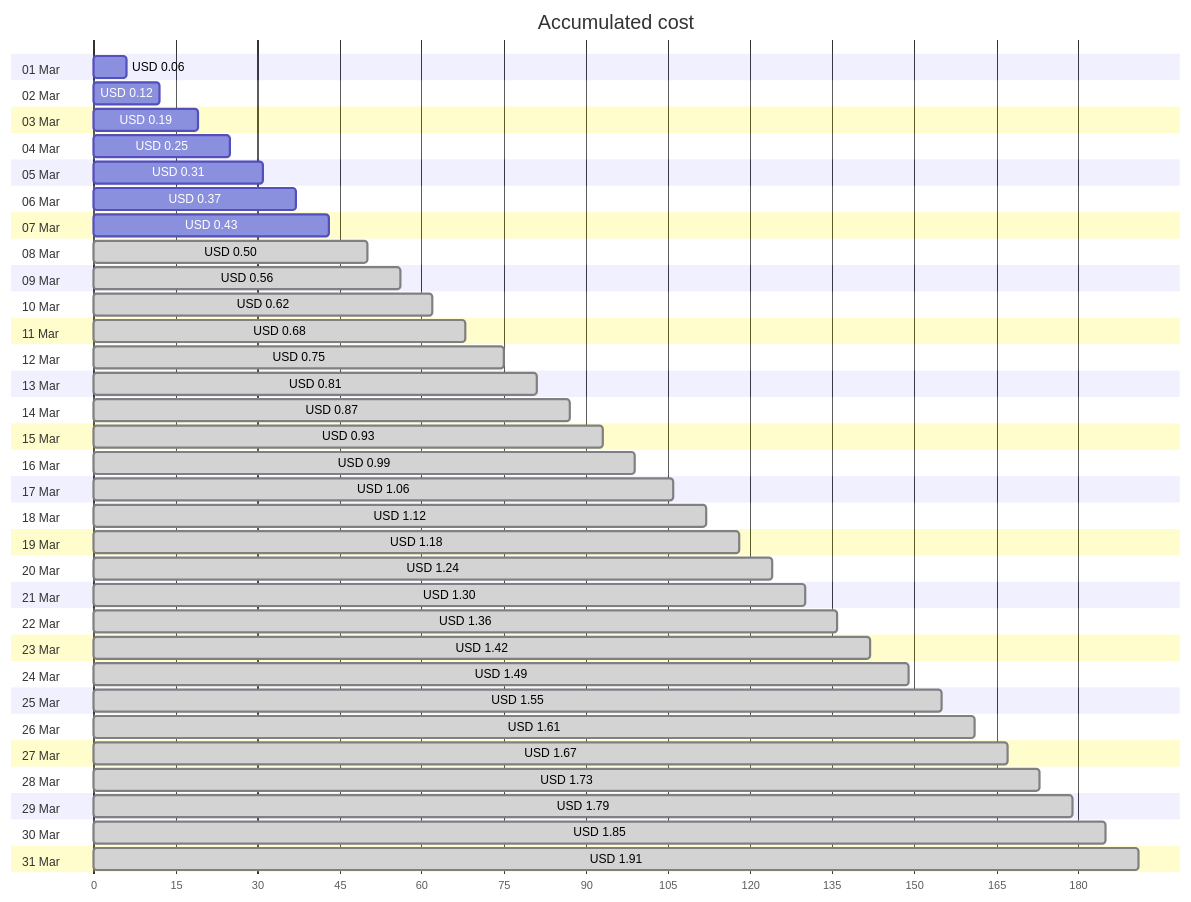
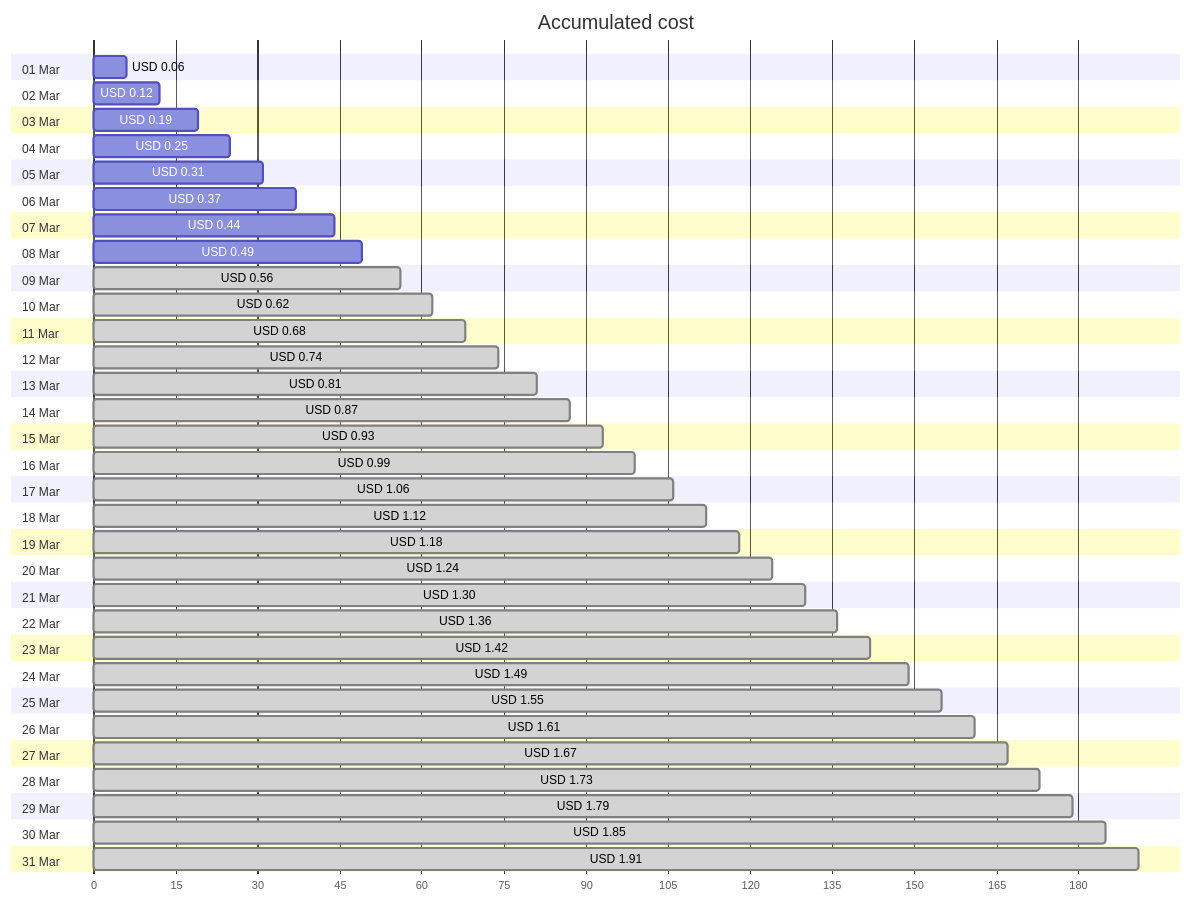
Before and after one commit to jpfulton/azure-personal-reports: the first of 4 diagrams in cost-reports/personal-network/vpn-server_OsDisk.md, drawn with Mermaid. The commit also changed other lines of this file and 8 other files, not shown here.

````diff
--- a/cost-reports/personal-network/vpn-server_OsDisk.md
+++ b/cost-reports/personal-network/vpn-server_OsDisk.md
@@ -20,68 +20,68 @@
 ```mermaid
 gantt
    title Accumulated cost
    dateFormat  X
    axisFormat %s
    section 01 Mar
    USD 0.06 :0, 6
    section 02 Mar
    USD 0.12 :0, 12
    section 03 Mar
    USD 0.19 :0, 19
    section 04 Mar
    USD 0.25 :0, 25
    section 05 Mar
    USD 0.31 :0, 31
    section 06 Mar
    USD 0.37 :0, 37
    section 07 Mar
-   USD 0.43 :0, 43
+   USD 0.44 :0, 44
    section 08 Mar
-   USD 0.50 : done, 0, 50
+   USD 0.49 :0, 49
    section 09 Mar
    USD 0.56 : done, 0, 56
    section 10 Mar
    USD 0.62 : done, 0, 62
    section 11 Mar
    USD 0.68 : done, 0, 68
    section 12 Mar
-   USD 0.75 : done, 0, 75
+   USD 0.74 : done, 0, 74
    section 13 Mar
    USD 0.81 : done, 0, 81
    section 14 Mar
    USD 0.87 : done, 0, 87
    section 15 Mar
    USD 0.93 : done, 0, 93
    section 16 Mar
    USD 0.99 : done, 0, 99
    section 17 Mar
    USD 1.06 : done, 0, 106
    section 18 Mar
    USD 1.12 : done, 0, 112
    section 19 Mar
    USD 1.18 : done, 0, 118
    section 20 Mar
    USD 1.24 : done, 0, 124
    section 21 Mar
    USD 1.30 : done, 0, 130
    section 22 Mar
    USD 1.36 : done, 0, 136
    section 23 Mar
    USD 1.42 : done, 0, 142
    section 24 Mar
    USD 1.49 : done, 0, 149
    section 25 Mar
    USD 1.55 : done, 0, 155
    section 26 Mar
    USD 1.61 : done, 0, 161
    section 27 Mar
    USD 1.67 : done, 0, 167
    section 28 Mar
    USD 1.73 : done, 0, 173
    section 29 Mar
    USD 1.79 : done, 0, 179
    section 30 Mar
    USD 1.85 : done, 0, 185
    section 31 Mar
    USD 1.91 : done, 0, 191
 ```
````
